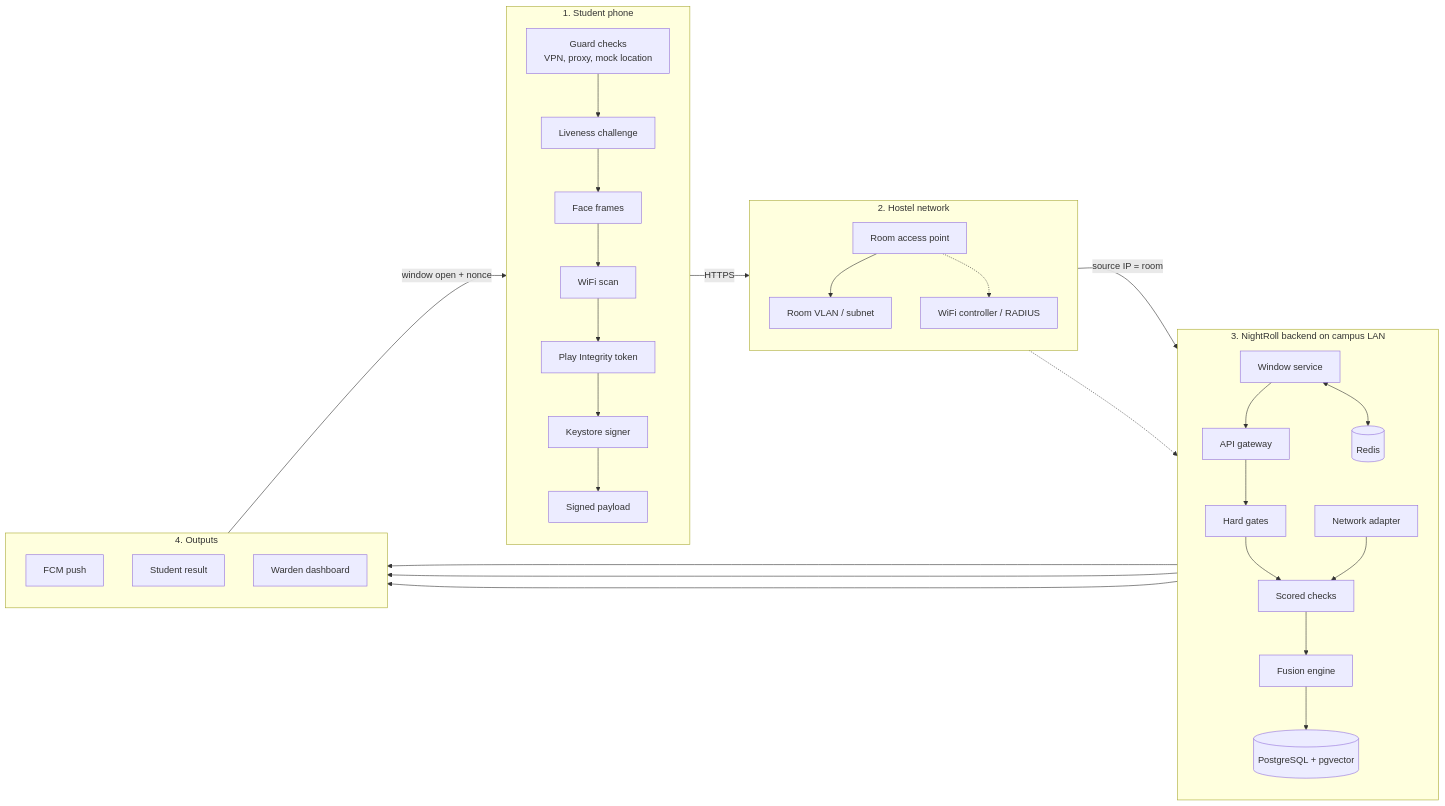
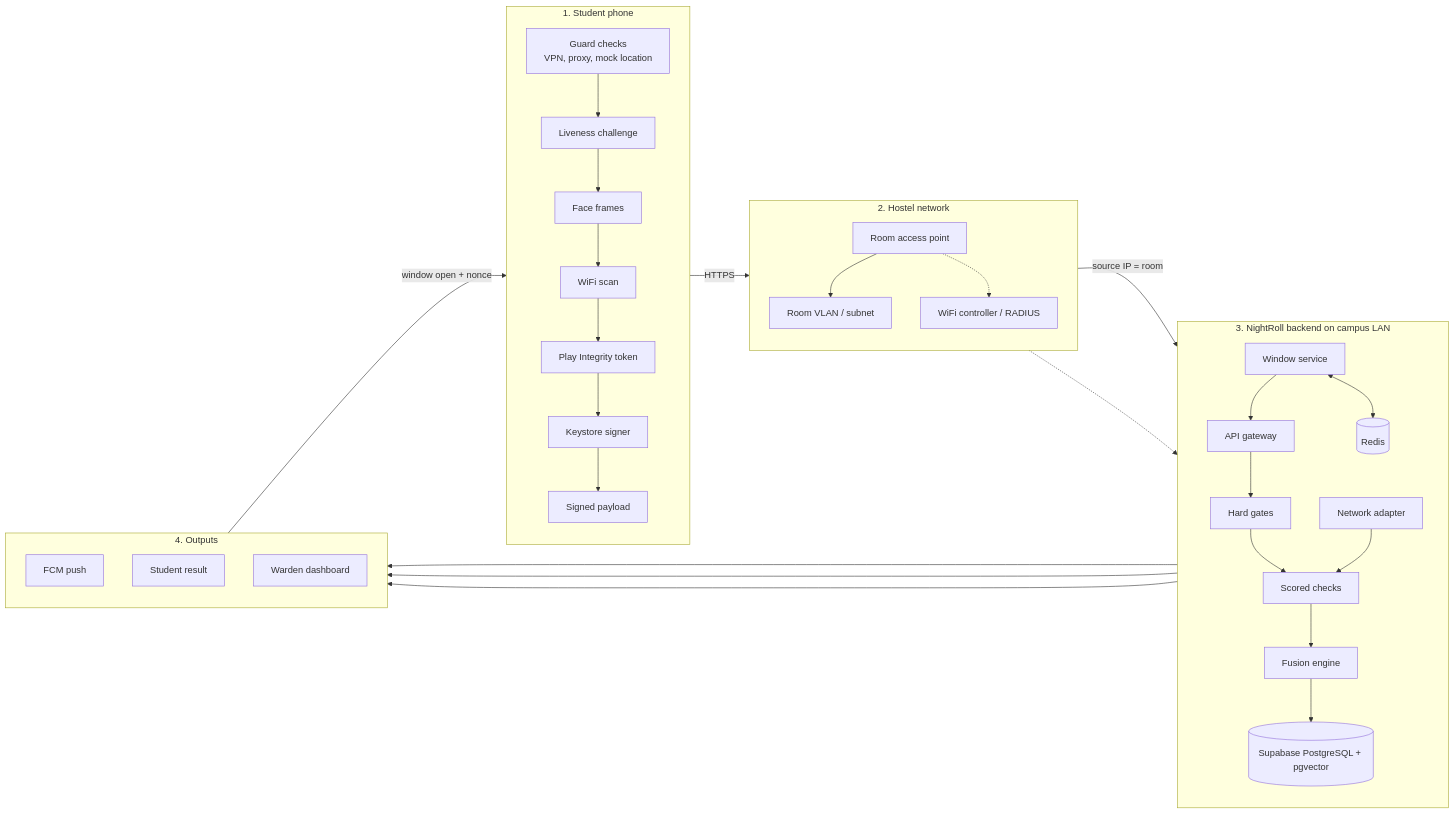
The second of 14 diagrams in README.md (Rahul-8283/NightRoll), drawn with Mermaid before and after one commit. The commit also changed other lines of this file and 1 other file, not shown here.

Commit message:
docs: move database, auth and storage to Supabase

````diff
--- a/README.md
+++ b/README.md
@@ -133,54 +138,54 @@
 ```mermaid
 flowchart LR
     subgraph Phone["1. Student phone"]
         direction TB
         P1["Guard checks<br/>VPN, proxy, mock location"]
         P2["Liveness challenge"]
         P3["Face frames"]
         P4["WiFi scan"]
         P5["Play Integrity token"]
         P6["Keystore signer"]
         P7["Signed payload"]
         P1 --> P2 --> P3 --> P4 --> P5 --> P6 --> P7
     end
 
     subgraph Net["2. Hostel network"]
         direction TB
         N1["Room access point"]
         N2["Room VLAN / subnet"]
         N3["WiFi controller / RADIUS"]
         N1 --> N2
         N1 -.-> N3
     end
 
     subgraph Back["3. NightRoll backend on campus LAN"]
         direction TB
         B0["Window service"]
         B1["API gateway"]
         B2["Hard gates"]
         B3["Scored checks"]
         B4["Fusion engine"]
-        B5[("PostgreSQL + pgvector")]
+        B5[("Supabase PostgreSQL + pgvector")]
         B6[("Redis")]
         B7["Network adapter"]
         B0 --> B1 --> B2 --> B3 --> B4
         B0 <--> B6
         B4 --> B5
         B7 --> B3
     end
 
     subgraph Out["4. Outputs"]
         direction TB
         O1["FCM push"]
         O2["Student result"]
         O3["Warden dashboard"]
     end
 
     P7 -- "HTTPS" --> N1
     N2 -- "source IP = room" --> B1
     N3 -.-> B7
     B0 --> O1
     O1 -- "window open + nonce" --> P1
     B4 --> O2
     B4 --> O3
 ```
````
